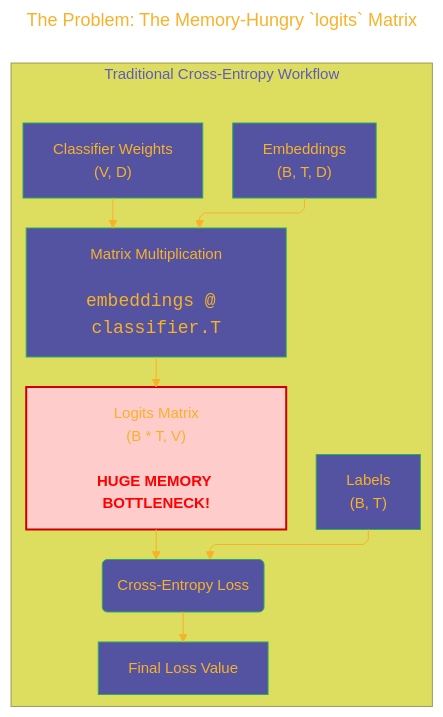
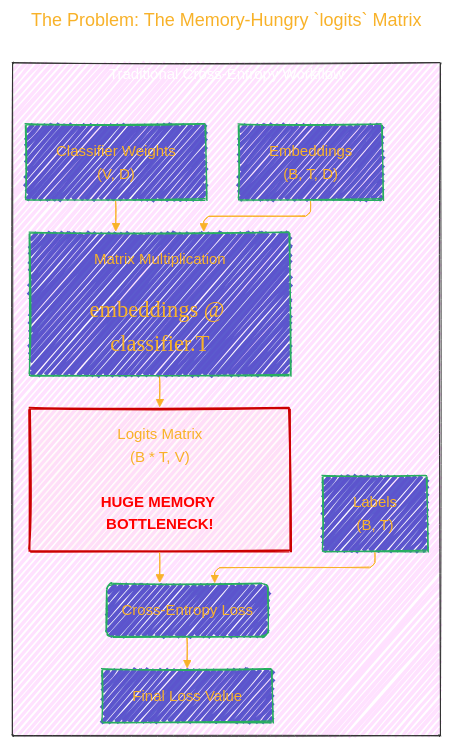
Before and after one commit to CongLeSolutionX/ArchExplorer: the first of 6 diagrams in APPLE/APPLE_REPO_PROJECTS/ml-cross-entropy/ml-cross-entropy_README_at_main.md, drawn with Mermaid.

Commit message:
update notes

````diff
--- a/APPLE/APPLE_REPO_PROJECTS/ml-cross-entropy/ml-cross-entropy_README_at_main.md
+++ b/APPLE/APPLE_REPO_PROJECTS/ml-cross-entropy/ml-cross-entropy_README_at_main.md
@@ -62,43 +62,45 @@
 ```mermaid
 ---
 title: "The Problem: The Memory-Hungry `logits` Matrix"
 author: "Cong Le"
 version: "1.0"
 license(s): "MIT, CC BY-SA 4.0"
 copyright: "Copyright © 2025 Cong Le. All Rights Reserved."
 config:
   layout: elk
   theme: base
+  look: handDrawn
 ---
 %%%%%%%% Mermaid version v11.4.1-b.14
 %%%%%%%% Available curve styles include the following keywords:
 %% basis, bumpX, bumpY, cardinal, catmullRom, linear, monotoneX, monotoneY, natural, step, stepAfter, stepBefore.
 %%{
   init: {
     'securityLevel': 'loose',
     'flowchart': { 'htmlLabels': true, 'curve': 'linear' },
     'fontFamily': 'Comic Sans MS, cursive, sans-serif',
     'themeVariables': {
       'primaryColor': '#22BB',
       'primaryTextColor': '#F8B229',
       'lineColor': '#F8B229',
       'primaryBorderColor': '#27AE60',
       'secondaryColor': '#EBDEF0',
       'secondaryTextColor': '#6C3483',
       'secondaryBorderColor': '#A569BD',
       'fontSize': '15px'
     }
   }
 }%%
 flowchart TD
     subgraph Traditional_Cross_Entropy_Workflow["Traditional Cross-Entropy Workflow"]
-        A["Embeddings<br>(B, T, D)"] --> B_MM["Matrix Multiplication<br><br><span style='font-family:monospace; font-size:1.2em;'>embeddings @ classifier.T</span>"]
+    style Traditional_Cross_Entropy_Workflow fill:#F2F2,stroke:#333,stroke-width:1px, color: #FFFF
+        A["Embeddings<br>(B, T, D)"] --> B_MM["Matrix Multiplication<br/><br/><span style='font-family:Bradley Hand; font-size:1.5em;'>embeddings @ classifier.T</span>"]
         W["Classifier Weights<br>(V, D)"] --> B_MM
         B_MM --> C["Logits Matrix<br>(B * T, V)<br><br><b style='color:red;'>HUGE MEMORY BOTTLENECK!</b>"]
         D["Labels<br>(B, T)"] --> E("Cross-Entropy Loss")
         C --> E
         E --> F["Final Loss Value"]
     end
 
-    style C fill:#ffcccc,stroke:#cc0000,stroke-width:2px;
+    style C fill:#fcc2,stroke:#cc0000,stroke-width:2px;
 ```
````
